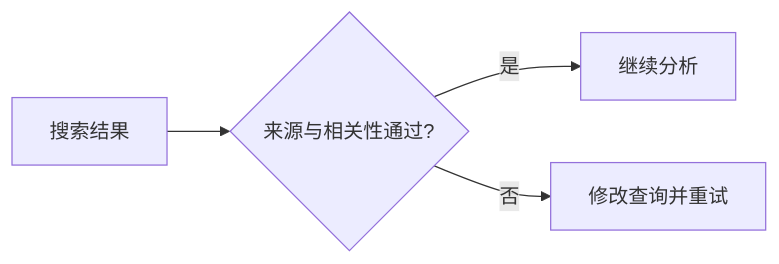
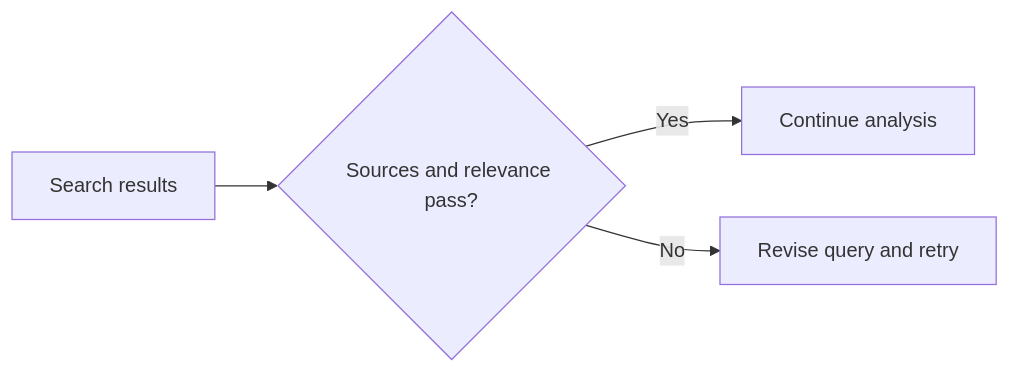
Before and after one commit to oneleaveknowsthefall/awesome-ai-roadmap: the third of 23 diagrams in docs/agent/02-reasoning-planning/12-agent-reflection.md, drawn with Mermaid. The commit also changed other lines of this file and 68 other files, not shown here.

````diff
--- a/docs/agent/02-reasoning-planning/12-agent-reflection.md
+++ b/docs/agent/02-reasoning-planning/12-agent-reflection.md
@@ -68,6 +68,6 @@
 ```mermaid
 flowchart LR
-    A[搜索结果] --> V{来源与相关性通过?}
-    V -->|是| B[继续分析]
-    V -->|否| R[修改查询并重试]
+    A[Search results] --> V{Sources and relevance pass?}
+    V -->|Yes| B[Continue analysis]
+    V -->|No| R[Revise query and retry]
 ```
````
